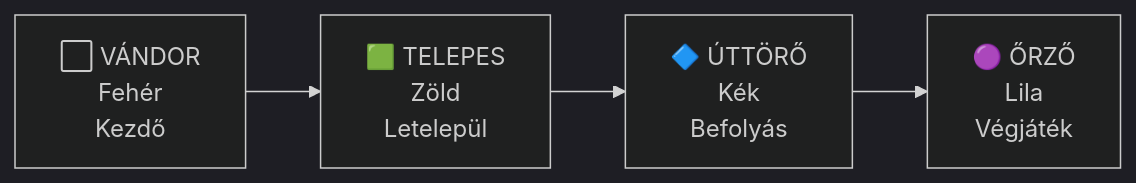
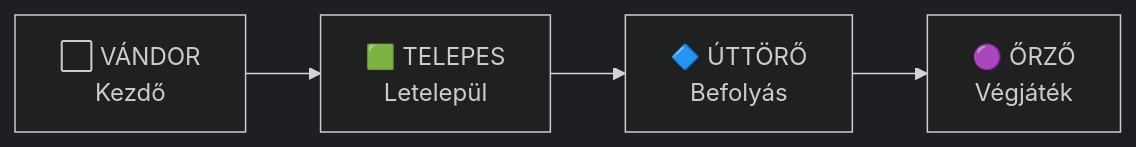
One commit to tnkarno/ujvilag-wiki changed the diagram in docs/rangok.md. Above: the diagram before and after it, drawn with Mermaid (dark theme). The commit also changed 2 other files, not shown here.

Commit message:
remove nonsense mermaid chart

````diff
--- a/docs/rangok.md
+++ b/docs/rangok.md
@@ -17,6 +17,6 @@
 ```mermaid
 graph LR
-    A["⬜ VÁNDOR\nFehér\nKezdő"] --> B["🟩 TELEPES\nZöld\nLetelepül"]
-    B --> C["🔷 ÚTTÖRŐ\nKék\nBefolyás"]
-    C --> D["🟣 ŐRZŐ\nLila\nVégjáték"]
+    A["⬜ VÁNDOR\nKezdő"] --> B["🟩 TELEPES\nLetelepül"]
+    B --> C["🔷 ÚTTÖRŐ\nBefolyás"]
+    C --> D["🟣 ŐRZŐ\nVégjáték"]
 ```
````
